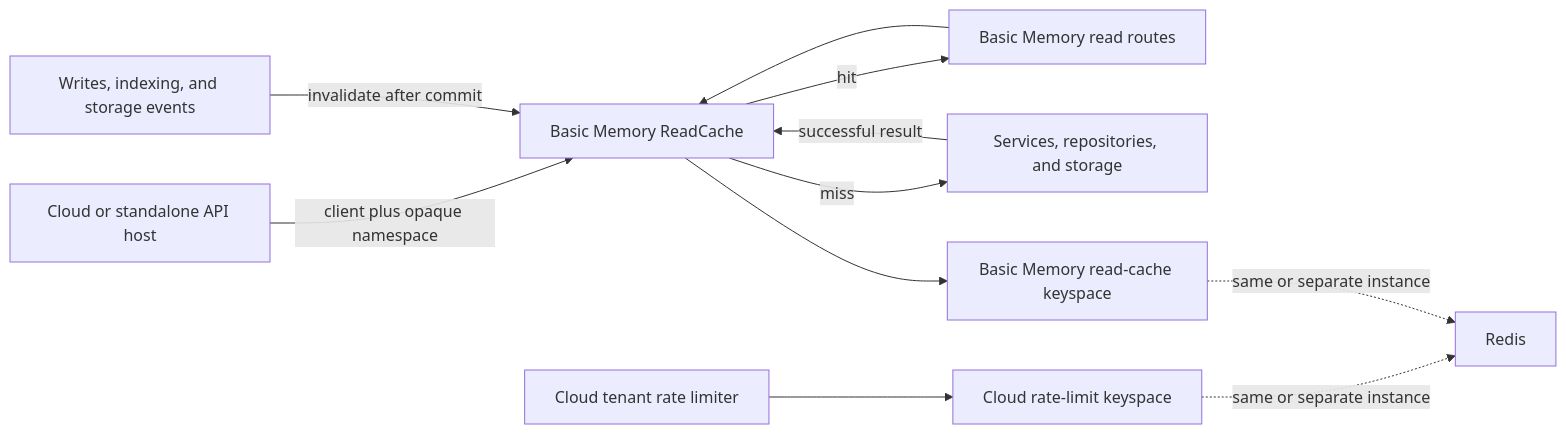
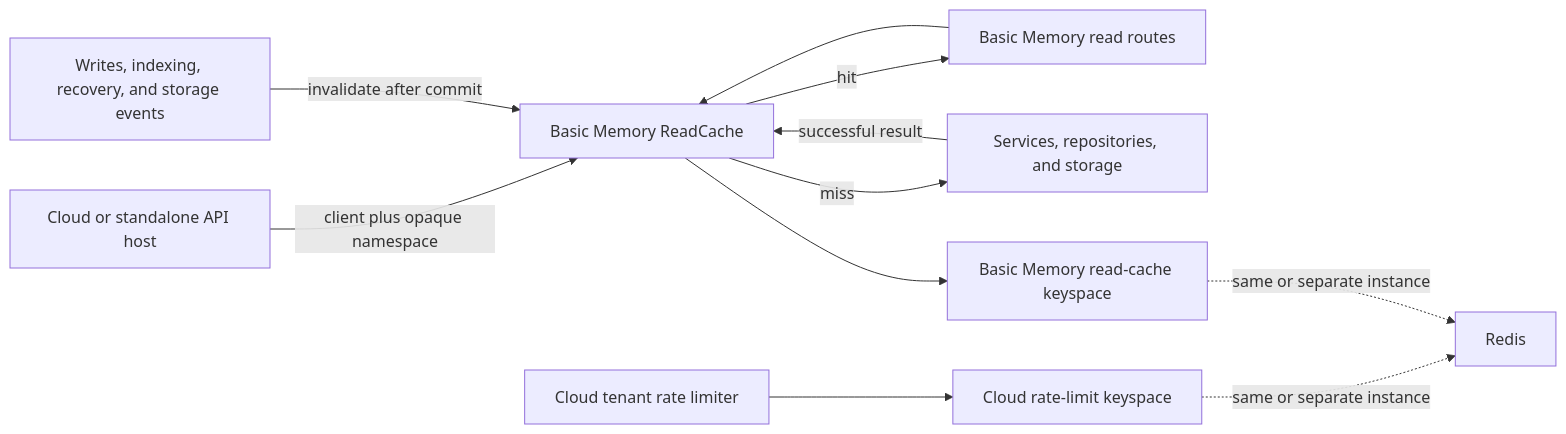
The diagram in docs/REDIS_READ_CACHE_PLAN.md (basicmachines-co/basic-memory), drawn with Mermaid before and after one commit. The commit also changed other lines of this file and 4 other files, not shown here.

Commit message:
fix(sync): invalidate cache after recovery and moves

````diff
--- a/docs/REDIS_READ_CACHE_PLAN.md
+++ b/docs/REDIS_READ_CACHE_PLAN.md
@@ -102,14 +108,14 @@
 ```mermaid
 flowchart LR
     H["Cloud or standalone API host"] -->|"client plus opaque namespace"| RC["Basic Memory ReadCache"]
     API["Basic Memory read routes"] --> RC
     RC -->|"hit"| API
     RC -->|"miss"| DB["Services, repositories, and storage"]
     DB -->|"successful result"| RC
-    W["Writes, indexing, and storage events"] -->|"invalidate after commit"| RC
+    W["Writes, indexing, recovery, and storage events"] -->|"invalidate after commit"| RC
 
     RL["Cloud tenant rate limiter"] --> RLD["Cloud rate-limit keyspace"]
     RC --> BMD["Basic Memory read-cache keyspace"]
     RLD -. "same or separate instance" .-> R["Redis"]
     BMD -. "same or separate instance" .-> R
 ```
````
